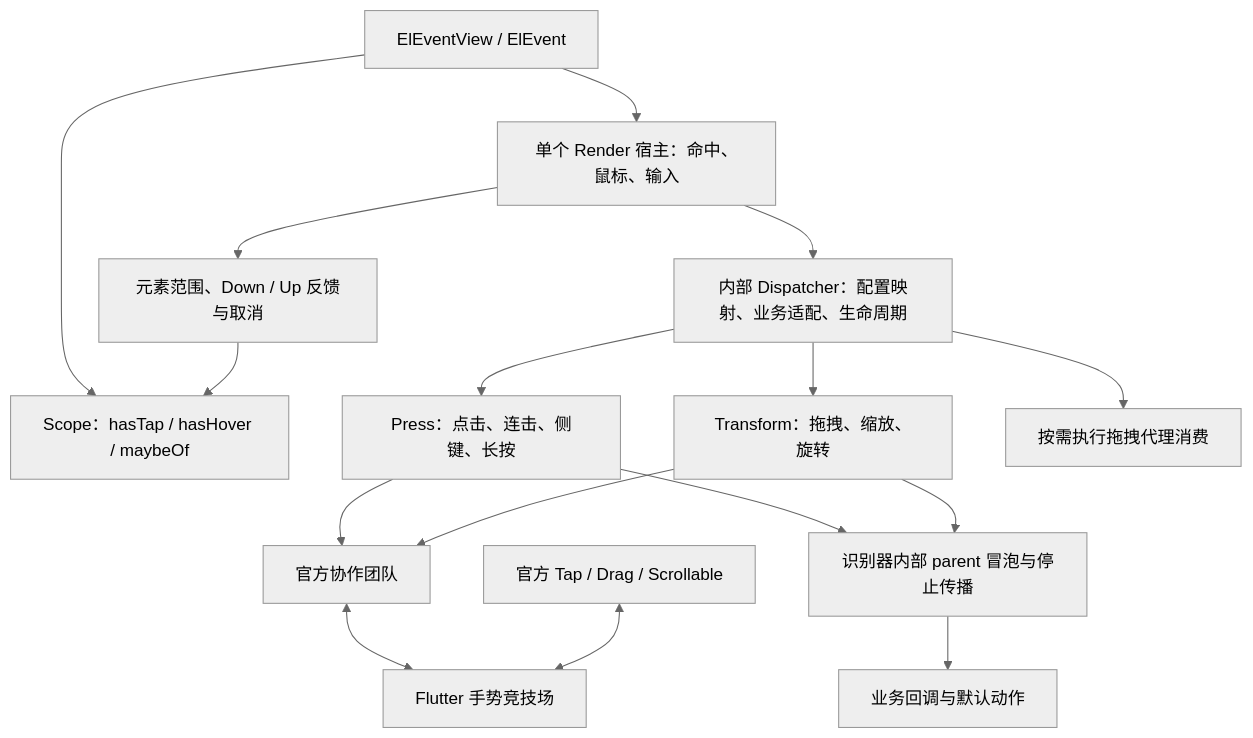
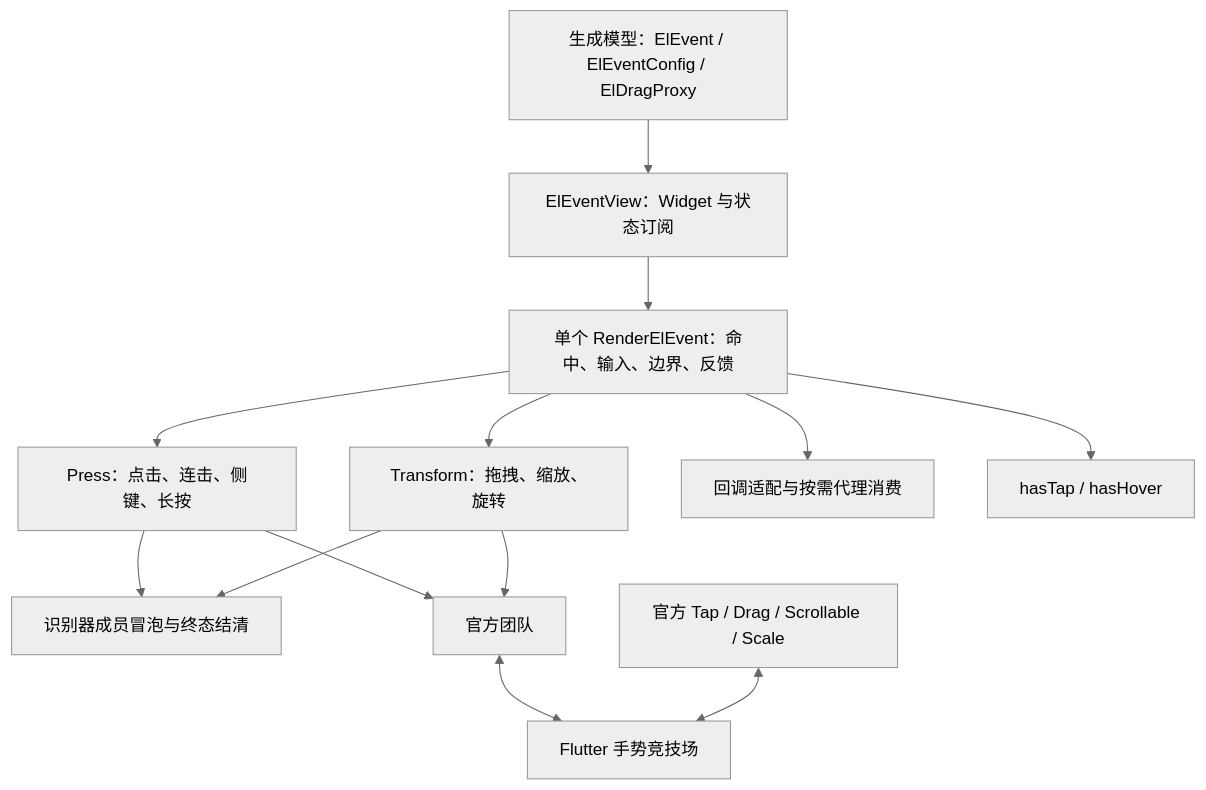
Before and after one commit to luoyi58624/flutter_base: the diagram in .claude/plan/eleventview-recognizer-refactor.md, drawn with Mermaid (neutral theme). The commit also changed other lines of this file and 45 other files, not shown here.

````diff
--- a/.claude/plan/eleventview-recognizer-refactor.md
+++ b/.claude/plan/eleventview-recognizer-refactor.md
@@ -28,18 +17,15 @@
 ```mermaid
 flowchart TB
-  API["ElEventView / ElEvent"] --> SCOPE["Scope：hasTap / hasHover / maybeOf"]
-  API --> HOST["单个 Render 宿主：命中、鼠标、输入"]
-  HOST --> ADAPTER["内部 Dispatcher：配置映射、业务适配、生命周期"]
-  ADAPTER --> PRESS["Press：点击、连击、侧键、长按"]
-  ADAPTER --> TRANSFORM["Transform：拖拽、缩放、旋转"]
-  PRESS --> TEAM["官方协作团队"]
+  MODEL["生成模型：ElEvent / ElEventConfig / ElDragProxy"] --> VIEW["ElEventView：Widget 与状态订阅"]
+  VIEW --> RENDER["单个 RenderElEvent：命中、输入、边界、反馈"]
+  RENDER --> PRESS["Press：点击、连击、侧键、长按"]
+  RENDER --> TRANSFORM["Transform：拖拽、缩放、旋转"]
+  PRESS --> BUBBLE["识别器成员冒泡与终态结清"]
+  TRANSFORM --> BUBBLE
+  PRESS --> TEAM["官方团队"]
   TRANSFORM --> TEAM
   TEAM <--> ARENA["Flutter 手势竞技场"]
-  OFFICIAL["官方 Tap / Drag / Scrollable"] <--> ARENA
-  PRESS --> BUBBLE["识别器内部 parent 冒泡与停止传播"]
-  TRANSFORM --> BUBBLE
-  BUBBLE --> CALLBACK["业务回调与默认动作"]
-  ADAPTER --> PROXY["按需执行拖拽代理消费"]
-  HOST --> FEEDBACK["元素范围、Down / Up 反馈与取消"]
-  FEEDBACK --> SCOPE
+  OFFICIAL["官方 Tap / Drag / Scrollable / Scale"] <--> ARENA
+  RENDER --> PROXY["回调适配与按需代理消费"]
+  RENDER --> STATE["hasTap / hasHover"]
 ```
````
